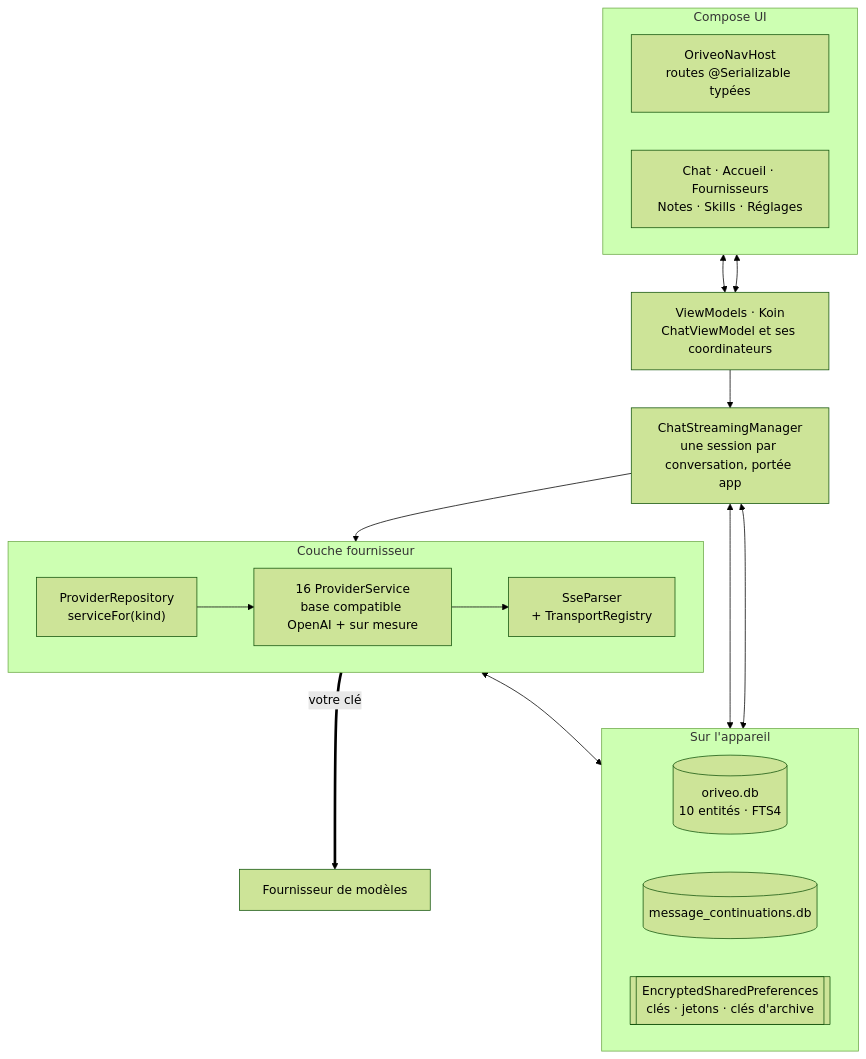
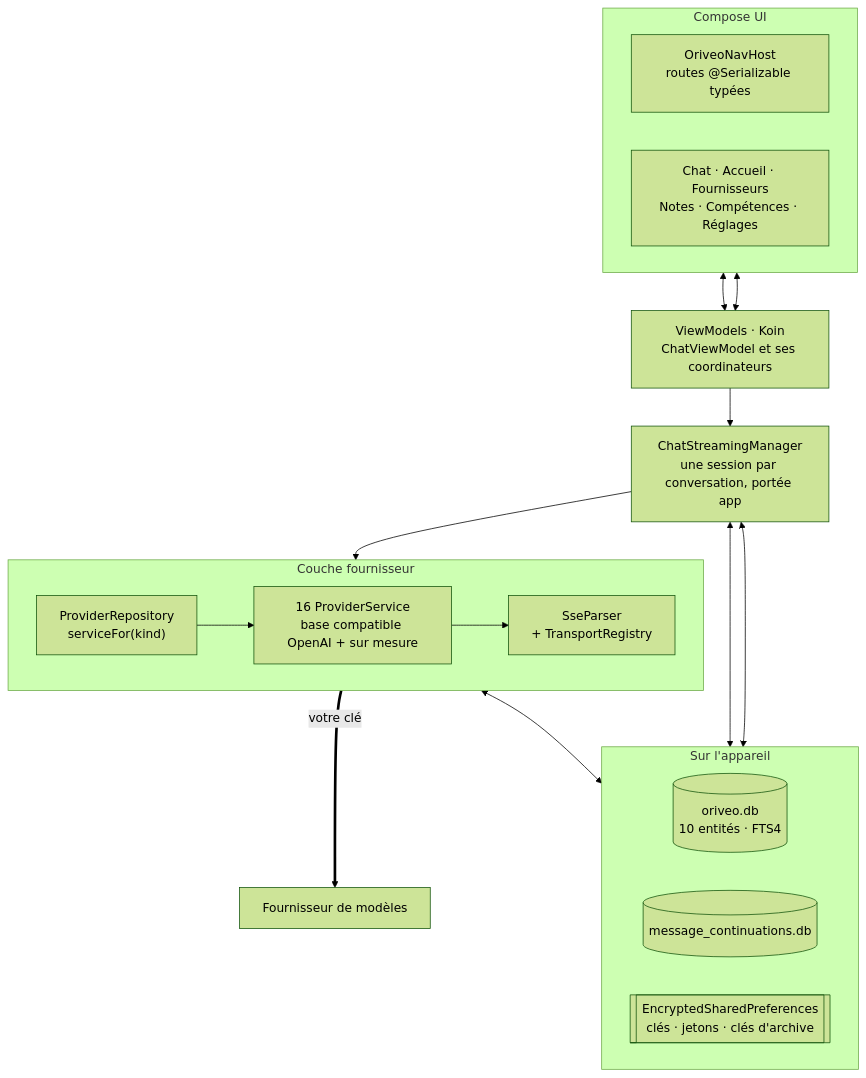
The diagram in readme_i18n/fr/android.md (oriveo/oriveo), drawn with Mermaid (forest theme) before and after one commit. The commit also changed other lines of this file and 89 other files, not shown here.

````diff
--- a/readme_i18n/fr/android.md
+++ b/readme_i18n/fr/android.md
@@ -47,34 +47,34 @@
 ```mermaid
 flowchart TB
     subgraph ui ["Compose UI"]
         direction LR
         nav["OriveoNavHost<br/>routes @Serializable typées"]
-        screens["Chat · Accueil · Fournisseurs<br/>Notes · Skills · Réglages"]
+        screens["Chat · Accueil · Fournisseurs<br/>Notes · Compétences · Réglages"]
     end
 
     vms["ViewModels · Koin<br/>ChatViewModel et ses coordinateurs"]
 
     streaming["ChatStreamingManager<br/>une session par conversation, portée app"]
 
     subgraph data ["Sur l'appareil"]
         direction LR
         room[("oriveo.db<br/>10 entités · FTS4")]
         cont[("message_continuations.db")]
         keys[["EncryptedSharedPreferences<br/>clés · jetons · clés d'archive"]]
     end
 
     subgraph net ["Couche fournisseur"]
         direction LR
         repo["ProviderRepository<br/>serviceFor(kind)"]
         svc["16 ProviderService<br/>base compatible OpenAI + sur mesure"]
         sse["SseParser<br/>+ TransportRegistry"]
     end
 
     nav & screens <--> vms
     vms --> streaming
     streaming --> repo
     repo --> svc --> sse
     streaming <--> room & cont
     svc <--> keys
     sse ==>|"votre clé"| up["Fournisseur de modèles"]
 ```
````
